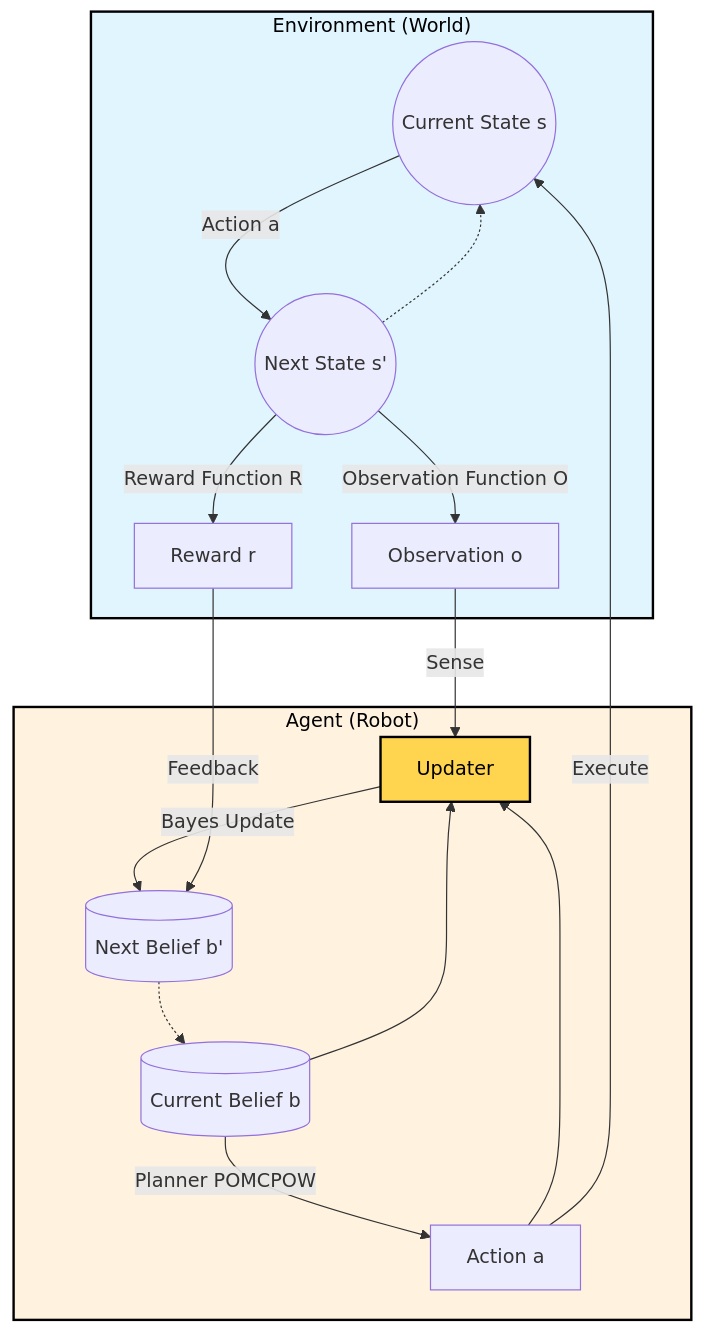
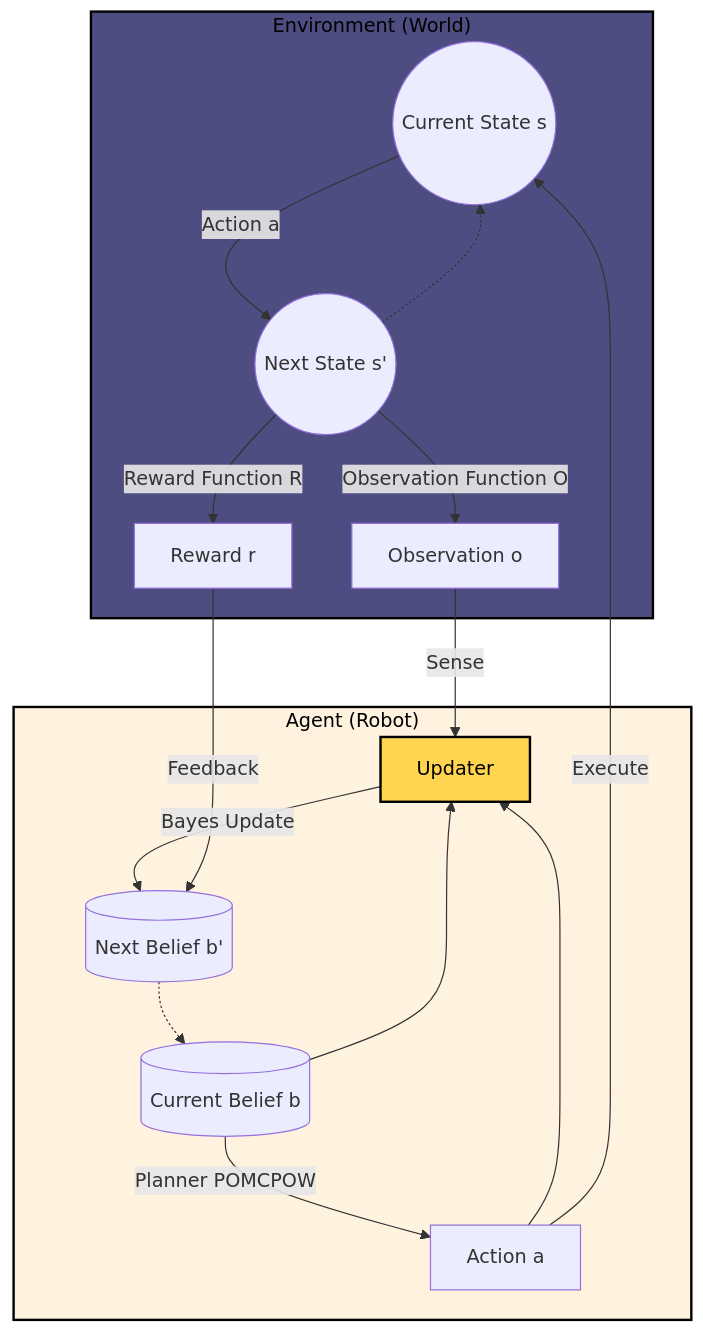
Before and after one commit to hoashalarajh/Partially-Observable-Markov-Decision-Process-based-Robot-Decision-Making: the second of 2 diagrams in README.md, drawn with Mermaid.

Commit message:
Change Environment styling colors in README

````diff
--- a/README.md
+++ b/README.md
@@ -89,30 +89,30 @@
 ```mermaid
 graph TD
     subgraph Environment ["Environment (World)"]
         s_curr((Current State s)) -->|Action a| s_next((Next State s'))
         s_next -->|Observation Function O| o[Observation o]
         s_next -->|Reward Function R| r[Reward r]
     end
 
     subgraph Agent ["Agent (Robot)"]
         b_curr[(Current Belief b)] -->|Planner POMCPOW| a[Action a]
         a --> Updater
         b_curr --> Updater
         Updater -->|Bayes Update| b_next[(Next Belief b')]
     end
 
     %% Connections between Agent and Environment
     a -->|Execute| s_curr
     o -->|Sense| Updater
     r -->|Feedback| b_next
 
     %% The Loop Connection
     b_next -.-> b_curr
     s_next -.-> s_curr
 
     %% Styling
     %% I added 'color:black' (text) and 'stroke:black' (border) to Environment
-    style Environment fill:#e1f5fe,stroke:black,stroke-width:2px,color:black
+    style Environment fill:#4e4d82,stroke:black,stroke-width:2px,color:black
     style Agent fill:#fff3e0,stroke:black,stroke-width:2px,color:black
     style Updater fill:#ffd54f,stroke:black,stroke-width:2px,color:black
 ```
````
